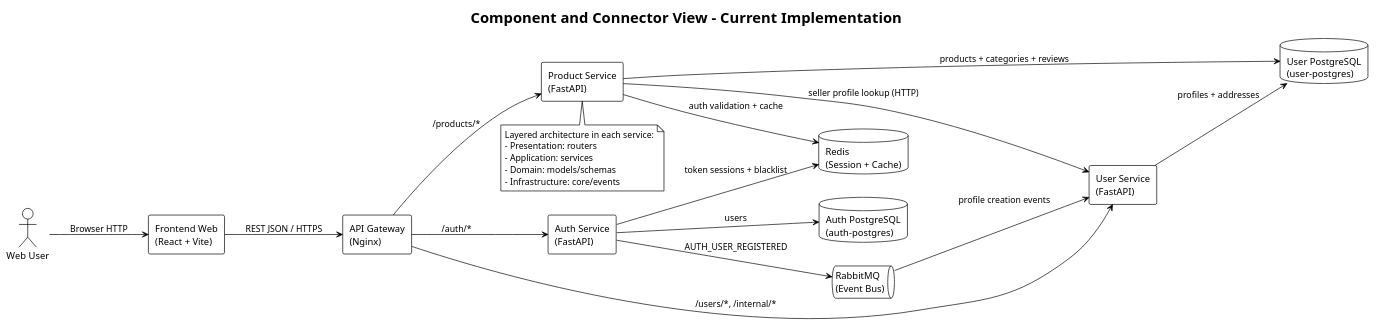
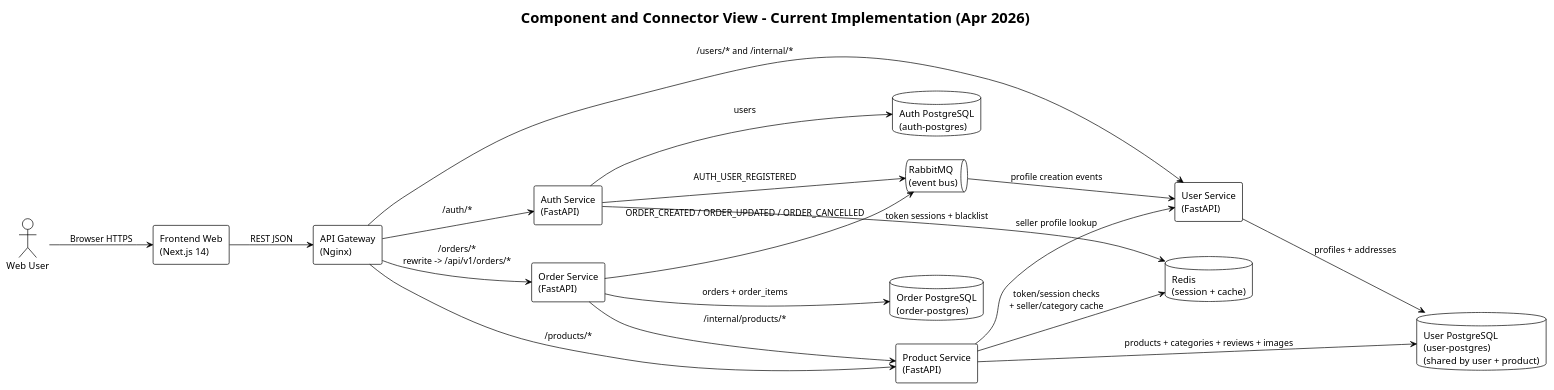
One commit to jpastor1649/ecommerce-project changed the diagram in docs/architecture/Component_Connectors_Current.puml. Above: the diagram before and after it, drawn with PlantUML. The commit also changed 11 other files, not shown here.

Commit message:
updated docs with diagrams

```diff
--- a/docs/architecture/Component_Connectors_Current.puml
+++ b/docs/architecture/Component_Connectors_Current.puml
@@ -1,48 +1,47 @@
 @startuml
 !theme plain
 skinparam componentStyle rectangle
 skinparam shadowing false
 left to right direction
 
-title Component and Connector View - Current Implementation
+title Component and Connector View - Current Implementation (Apr 2026)
 
 actor "Web User" as User
-component "Frontend Web\n(React + Vite)" as Frontend
+component "Frontend Web\n(Next.js 14)" as Frontend
 component "API Gateway\n(Nginx)" as Gateway
 
 component "Auth Service\n(FastAPI)" as Auth
 component "User Service\n(FastAPI)" as UserService
 component "Product Service\n(FastAPI)" as Product
+component "Order Service\n(FastAPI)" as Order
 
 database "Auth PostgreSQL\n(auth-postgres)" as AuthDB
-database "User PostgreSQL\n(user-postgres)" as UserDB
-database "Redis\n(Session + Cache)" as Redis
-queue "RabbitMQ\n(Event Bus)" as MQ
+database "User PostgreSQL\n(user-postgres)\n(shared by user + product)" as UserDB
+database "Order PostgreSQL\n(order-postgres)" as OrderDB
+database "Redis\n(session + cache)" as Redis
+queue "RabbitMQ\n(event bus)" as MQ
 
-User --> Frontend : Browser HTTP
-Frontend --> Gateway : REST JSON / HTTPS
+User --> Frontend : Browser HTTPS
+Frontend --> Gateway : REST JSON
 
 Gateway --> Auth : /auth/*
-Gateway --> UserService : /users/*, /internal/*
+Gateway --> UserService : /users/* and /internal/*
 Gateway --> Product : /products/*
+Gateway --> Order : /orders/*\nrewrite -> /api/v1/orders/*
 
 Auth --> AuthDB : users
 Auth --> Redis : token sessions + blacklist
 Auth --> MQ : AUTH_USER_REGISTERED
 
 UserService --> UserDB : profiles + addresses
 MQ --> UserService : profile creation events
 
-Product --> UserDB : products + categories + reviews
-Product --> Redis : auth validation + cache
-Product --> UserService : seller profile lookup (HTTP)
+Product --> UserDB : products + categories + reviews + images
+Product --> Redis : token/session checks\n+ seller/category cache
+Product --> UserService : seller profile lookup
 
-note bottom of Product
-Layered architecture in each service:
-- Presentation: routers
-- Application: services
-- Domain: models/schemas
-- Infrastructure: core/events
-end note
+Order --> OrderDB : orders + order_items
+Order --> Product : /internal/products/*
+Order --> MQ : ORDER_CREATED / ORDER_UPDATED / ORDER_CANCELLED
 
 @enduml
```
